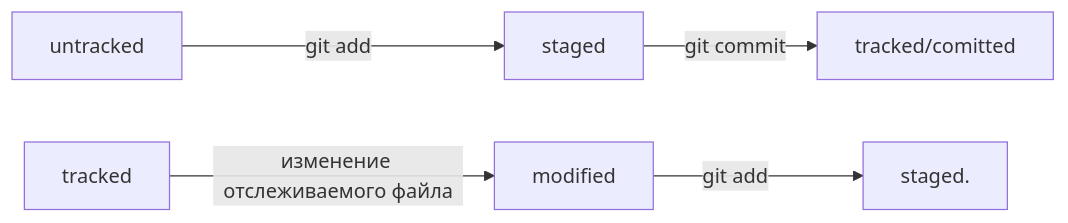
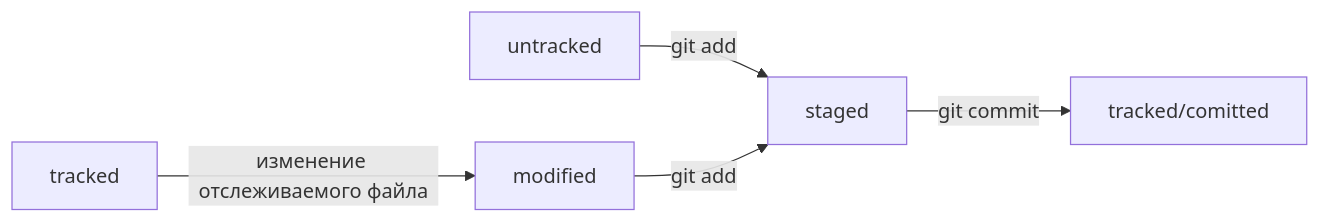
Before and after one commit to alexandermmarkov/git-commands: the diagram in README.md, drawn with Mermaid.

Commit message:
Отредактирован раздел про статусы файлов

````diff
--- a/README.md
+++ b/README.md
@@ -80,11 +80,14 @@
 ```mermaid
 graph LR;
 %% Подготовка нового файла к коммиту
   untracked -- "git add" --> staged;
+  
 %% Коммит
   staged -- "git commit" --> tracked/comitted;
+  
 %% Изменение
   tracked -- "изменение отслеживаемого файла" --> modified;
+  
 %% Подготовка изменённого файла к коммиту
-  modified -- "git add" --> staged.
+  modified -- "git add" --> staged;
 ```
````
